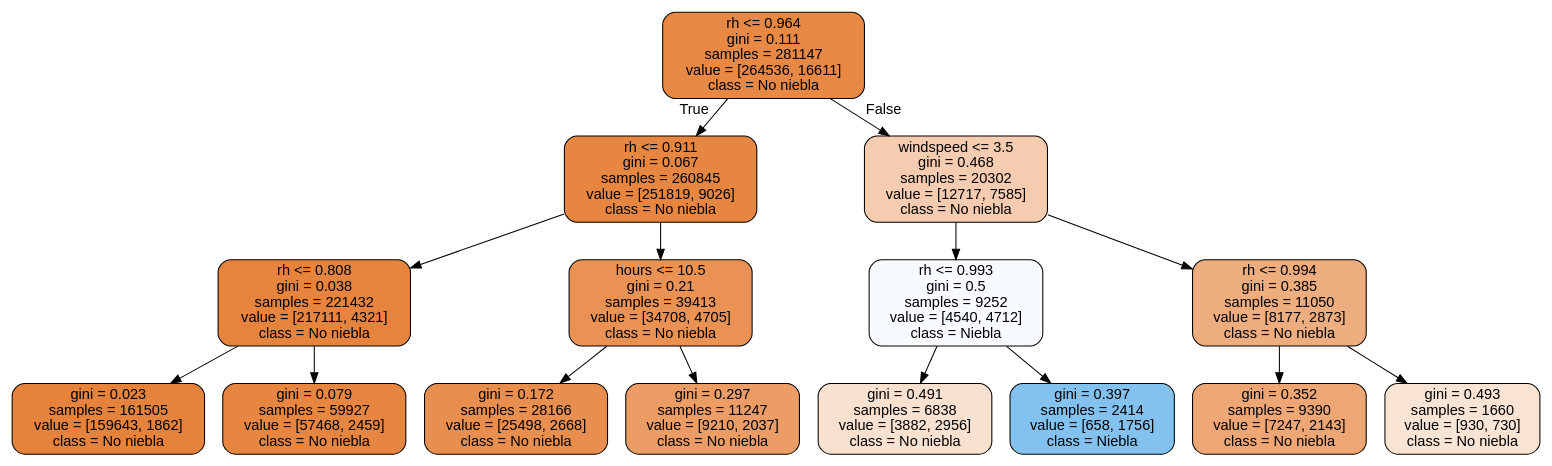
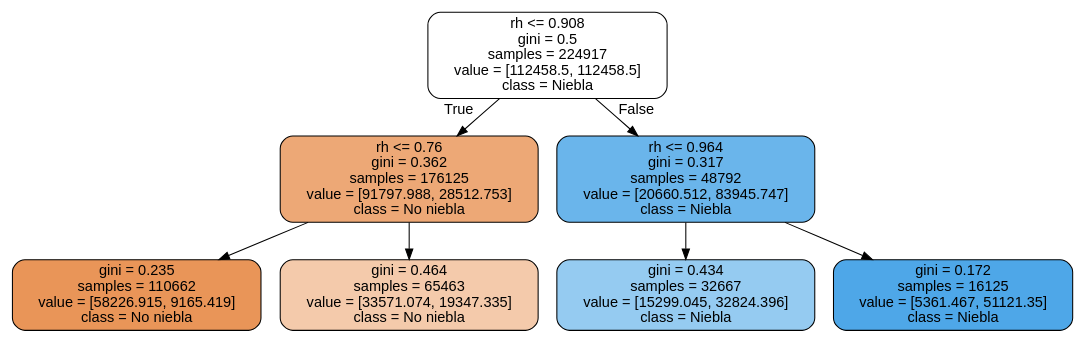
The diagram in Scripts/images/decision_trees/niebla_tree_balanceado.dot (paocorrales/arboles_y_bosques), drawn with Graphviz before and after one commit. The commit also changed 4 other files, not shown here.

```diff
--- a/Scripts/images/decision_trees/niebla_tree_balanceado.dot
+++ b/Scripts/images/decision_trees/niebla_tree_balanceado.dot
@@ -1,33 +1,17 @@
 digraph Tree {
 node [shape=box, style="filled, rounded", color="black", fontname="helvetica"] ;
 edge [fontname="helvetica"] ;
-0 [label="rh <= 0.964\ngini = 0.111\nsamples = 281147\nvalue = [264536, 16611]\nclass = No niebla", fillcolor="#e78945"] ;
-1 [label="rh <= 0.911\ngini = 0.067\nsamples = 260845\nvalue = [251819, 9026]\nclass = No niebla", fillcolor="#e68640"] ;
+0 [label="rh <= 0.908\ngini = 0.5\nsamples = 224917\nvalue = [112458.5, 112458.5]\nclass = Niebla", fillcolor="#ffffff"] ;
+1 [label="rh <= 0.76\ngini = 0.362\nsamples = 176125\nvalue = [91797.988, 28512.753]\nclass = No niebla", fillcolor="#eda876"] ;
 0 -> 1 [labeldistance=2.5, labelangle=45, headlabel="True"] ;
-2 [label="rh <= 0.808\ngini = 0.038\nsamples = 221432\nvalue = [217111, 4321]\nclass = No niebla", fillcolor="#e6843d"] ;
+2 [label="gini = 0.235\nsamples = 110662\nvalue = [58226.915, 9165.419]\nclass = No niebla", fillcolor="#e99558"] ;
 1 -> 2 ;
-3 [label="gini = 0.023\nsamples = 161505\nvalue = [159643, 1862]\nclass = No niebla", fillcolor="#e5823b"] ;
-2 -> 3 ;
-4 [label="gini = 0.079\nsamples = 59927\nvalue = [57468, 2459]\nclass = No niebla", fillcolor="#e68641"] ;
-2 -> 4 ;
-5 [label="hours <= 10.5\ngini = 0.21\nsamples = 39413\nvalue = [34708, 4705]\nclass = No niebla", fillcolor="#e99254"] ;
-1 -> 5 ;
-6 [label="gini = 0.172\nsamples = 28166\nvalue = [25498, 2668]\nclass = No niebla", fillcolor="#e88e4e"] ;
-5 -> 6 ;
-7 [label="gini = 0.297\nsamples = 11247\nvalue = [9210, 2037]\nclass = No niebla", fillcolor="#eb9d65"] ;
-5 -> 7 ;
-8 [label="windspeed <= 3.5\ngini = 0.468\nsamples = 20302\nvalue = [12717, 7585]\nclass = No niebla", fillcolor="#f5ccaf"] ;
-0 -> 8 [labeldistance=2.5, labelangle=-45, headlabel="False"] ;
-9 [label="rh <= 0.993\ngini = 0.5\nsamples = 9252\nvalue = [4540, 4712]\nclass = Niebla", fillcolor="#f8fbfe"] ;
-8 -> 9 ;
-10 [label="gini = 0.491\nsamples = 6838\nvalue = [3882, 2956]\nclass = No niebla", fillcolor="#f9e1d0"] ;
-9 -> 10 ;
-11 [label="gini = 0.397\nsamples = 2414\nvalue = [658, 1756]\nclass = Niebla", fillcolor="#83c2ef"] ;
-9 -> 11 ;
-12 [label="rh <= 0.994\ngini = 0.385\nsamples = 11050\nvalue = [8177, 2873]\nclass = No niebla", fillcolor="#eead7f"] ;
-8 -> 12 ;
-13 [label="gini = 0.352\nsamples = 9390\nvalue = [7247, 2143]\nclass = No niebla", fillcolor="#eda674"] ;
-12 -> 13 ;
-14 [label="gini = 0.493\nsamples = 1660\nvalue = [930, 730]\nclass = No niebla", fillcolor="#f9e4d4"] ;
-12 -> 14 ;
+3 [label="gini = 0.464\nsamples = 65463\nvalue = [33571.074, 19347.335]\nclass = No niebla", fillcolor="#f4caab"] ;
+1 -> 3 ;
+4 [label="rh <= 0.964\ngini = 0.317\nsamples = 48792\nvalue = [20660.512, 83945.747]\nclass = Niebla", fillcolor="#6ab5eb"] ;
+0 -> 4 [labeldistance=2.5, labelangle=-45, headlabel="False"] ;
+5 [label="gini = 0.434\nsamples = 32667\nvalue = [15299.045, 32824.396]\nclass = Niebla", fillcolor="#95cbf1"] ;
+4 -> 5 ;
+6 [label="gini = 0.172\nsamples = 16125\nvalue = [5361.467, 51121.35]\nclass = Niebla", fillcolor="#4ea7e8"] ;
+4 -> 6 ;
 }
```
